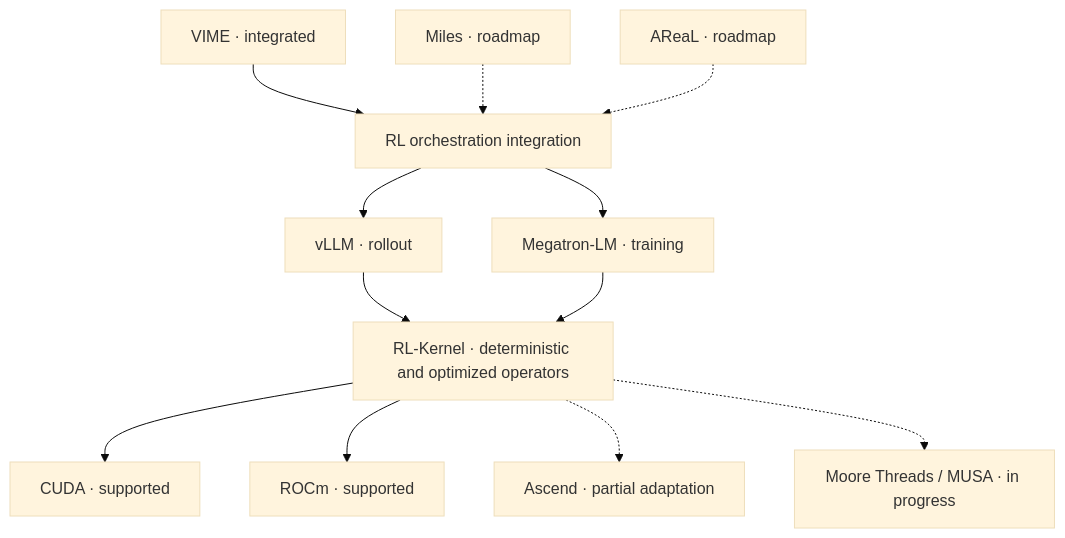
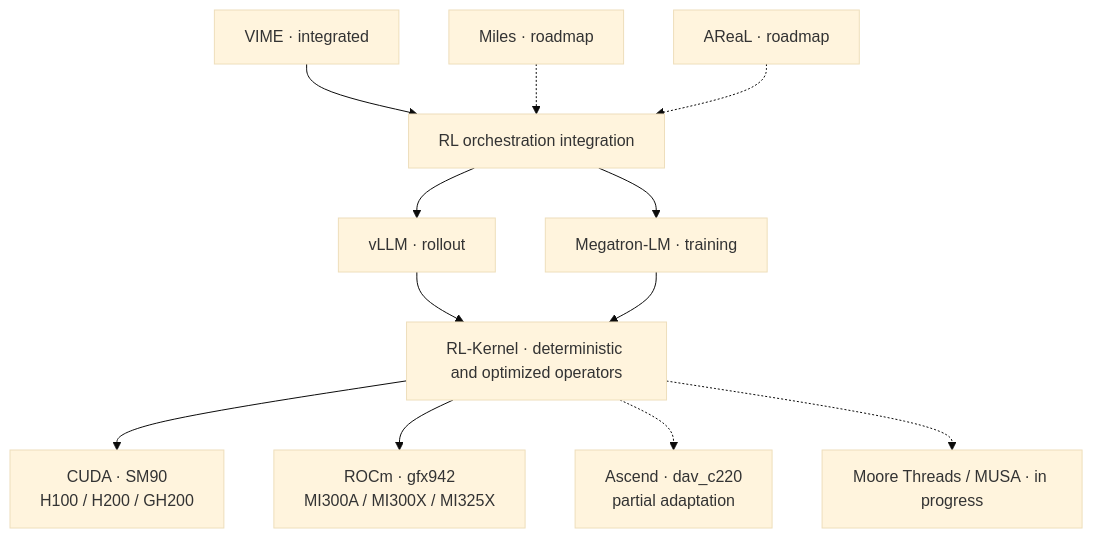
One commit to Flink-ddd/Kernel-Align changed the diagram in README.md. Above: the diagram before and after it, drawn with Mermaid (base theme). The commit also changed other lines of this file, not shown here.

Commit message:
docs(readme): specify supported accelerator targets

````diff
--- a/README.md
+++ b/README.md
@@ -79,14 +80,14 @@
 ```mermaid
 flowchart TB
     VIME["VIME · integrated"] --> ORCH["RL orchestration integration"]
     MILES["Miles · roadmap"] -.-> ORCH
     AREAL["AReaL · roadmap"] -.-> ORCH
     ORCH --> VLLM["vLLM · rollout"]
     ORCH --> MEGATRON["Megatron-LM · training"]
     VLLM --> RLK["RL-Kernel · deterministic and optimized operators"]
     MEGATRON --> RLK
-    RLK --> CUDA["CUDA · supported"]
-    RLK --> ROCM["ROCm · supported"]
-    RLK -.-> ASCEND["Ascend · partial adaptation"]
+    RLK --> CUDA["CUDA · SM90<br/>H100 / H200 / GH200"]
+    RLK --> ROCM["ROCm · gfx942<br/>MI300A / MI300X / MI325X"]
+    RLK -.-> ASCEND["Ascend · dav_c220<br/>partial adaptation"]
     RLK -.-> MUSA["Moore Threads / MUSA · in progress"]
 ```
````
